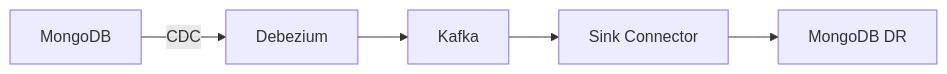
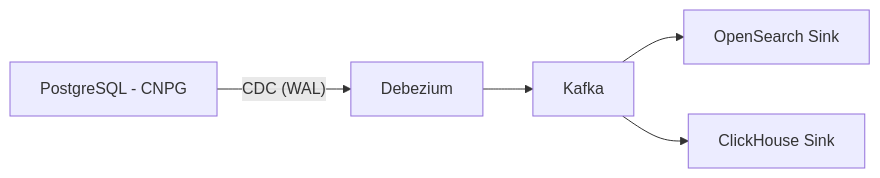
The third of 3 diagrams in platform/strimzi/README.md (openova-io/openova), drawn with Mermaid before and after one commit. The commit also changed other lines of this file and 50 other files, not shown here.

````diff
--- a/platform/strimzi/README.md
+++ b/platform/strimzi/README.md
@@ -232,7 +232,7 @@
 ```mermaid
 flowchart LR
-    MongoDB[MongoDB] -->|"CDC"| Debezium[Debezium]
+    CNPG[PostgreSQL - CNPG] -->|"CDC (WAL)"| Debezium[Debezium]
     Debezium --> Kafka[Kafka]
-    Kafka --> Sink[Sink Connector]
-    Sink --> MongoDBDR[MongoDB DR]
+    Kafka --> OSSink[OpenSearch Sink]
+    Kafka --> CHSink[ClickHouse Sink]
 ```
````
